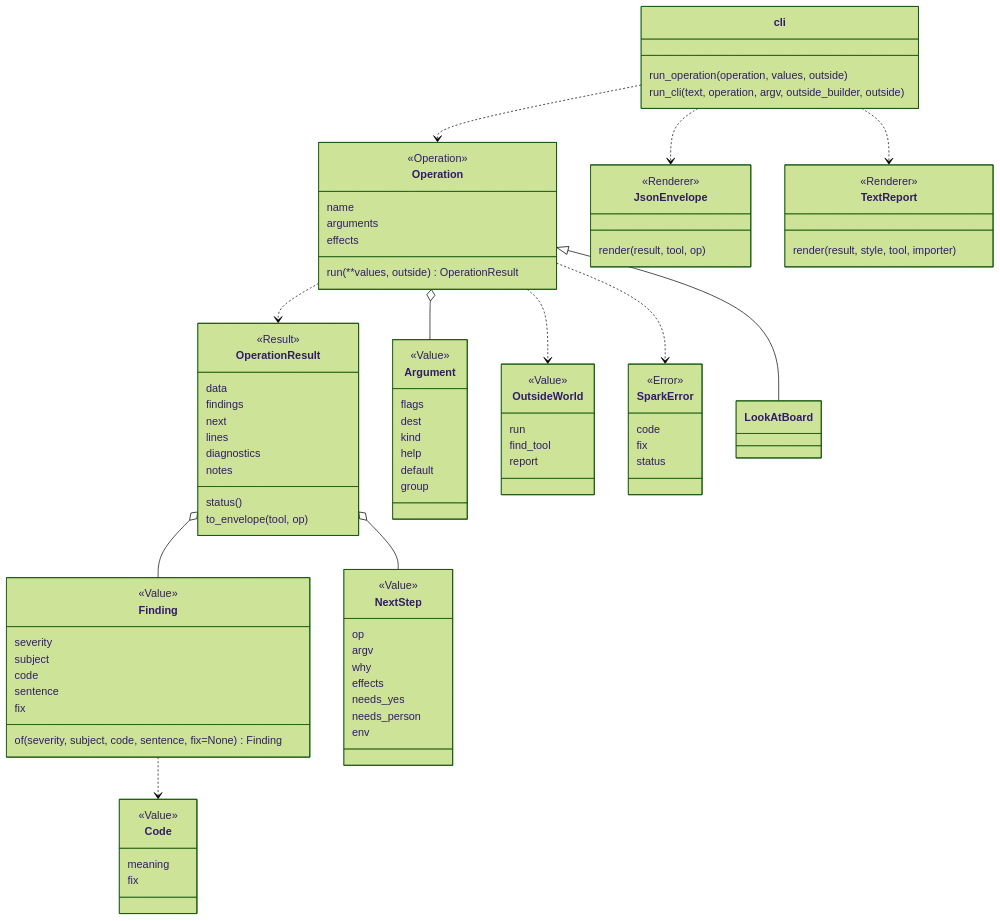
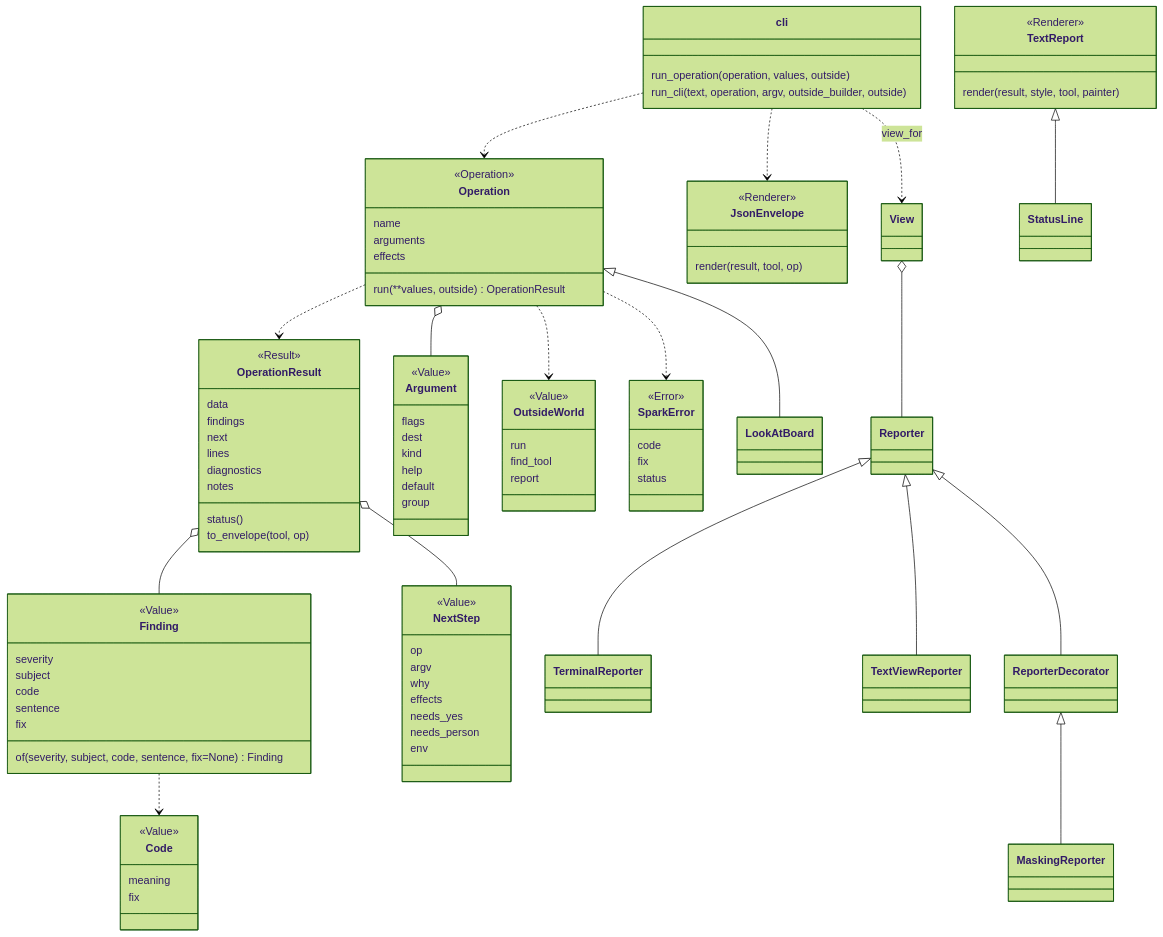
The diagram in docs/guide/patterns-and-names.md (xmejkal/spark), drawn with Mermaid (forest theme) before and after one commit. The commit also changed other lines of this file and 17 other files, not shown here.

````diff
--- a/docs/guide/patterns-and-names.md
+++ b/docs/guide/patterns-and-names.md
@@ -152,7 +149,7 @@
   }
   class TextReport {
     <<Renderer>>
-    render(result, style, tool, importer)
+    render(result, style, tool, painter)
   }
   class cli {
     run_operation(operation, values, outside)
@@ -168,5 +165,11 @@
   Finding ..> Code
   cli ..> Operation
   cli ..> JsonEnvelope
-  cli ..> TextReport
+  cli ..> View : view_for
+  View o-- Reporter
+  TextReport <|-- StatusLine
+  Reporter <|-- TerminalReporter
+  Reporter <|-- TextViewReporter
+  Reporter <|-- ReporterDecorator
+  ReporterDecorator <|-- MaskingReporter
 ```
````
